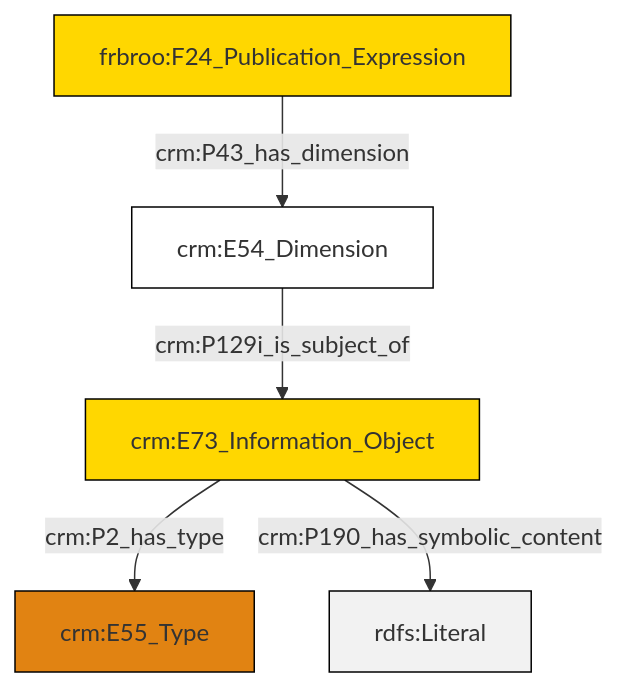
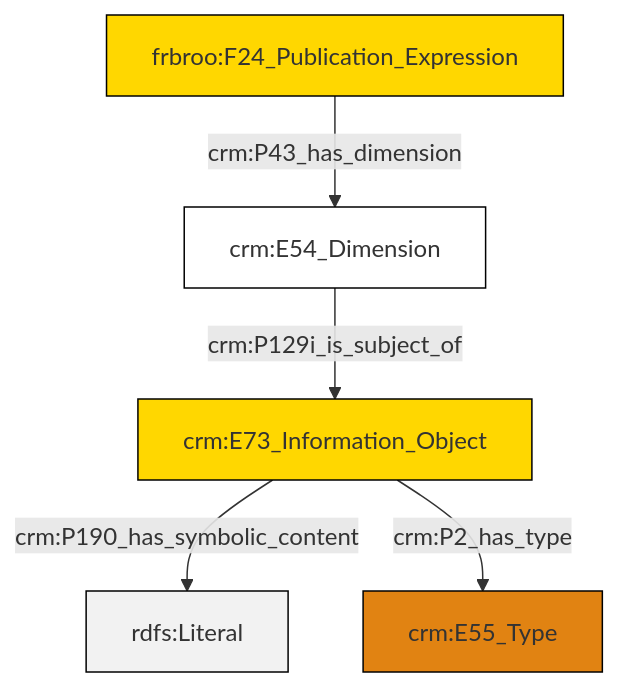
The diagram in et/biblioCSV/ttl/mmd/biblio_substance.ttl.mmd (swiss-art-research-net/reference-data-models), drawn with Mermaid before and after one commit. The commit also changed 131 other files, not shown here.

```diff
--- a/et/biblioCSV/ttl/mmd/biblio_substance.ttl.mmd
+++ b/et/biblioCSV/ttl/mmd/biblio_substance.ttl.mmd
@@ -1,19 +1,19 @@
 graph TD
 classDef Literal fill:#f2f2f2,stroke:#000000;
 classDef CRM_Entity fill:#FFFFFF,stroke:#000000;
 classDef Temporal_Entity fill:#00C9E6, stroke:#000000;
 classDef Type fill:#E18312, stroke:#000000;
 classDef Time-Span fill:#2C9C91, stroke:#000000;
 classDef Appellation fill:#FFEB7F, stroke:#000000;
 classDef Place fill:#008836, stroke:#000000;
 classDef Persistent_Item fill:#B266B2, stroke:#000000;
 classDef Conceptual_Object fill:#FFD700, stroke:#000000;
 classDef Physical_Thing fill:#D2B48C, stroke:#000000;
 classDef Actor fill:#f58aad, stroke:#000000;
 classDef PC_Classes fill:#4ce600, stroke:#000000;
 classDef Multi fill:#cccccc,stroke:#000000;
 
-0["frbroo:F24_Publication_Expression"]:::Conceptual_Object -->|crm:P43_has_dimension| 1["crm:E54_Dimension"]:::CRM_Entity
-2["crm:E73_Information_Object"]:::Conceptual_Object -->|crm:P2_has_type| 5["crm:E55_Type"]:::Type
-2["crm:E73_Information_Object"]:::Conceptual_Object -->|crm:P190_has_symbolic_content| 6[rdfs:Literal]:::Literal
-1["crm:E54_Dimension"]:::CRM_Entity -->|crm:P129i_is_subject_of| 2["crm:E73_Information_Object"]:::Conceptual_Object
+4["frbroo:F24_Publication_Expression"]:::Conceptual_Object -->|crm:P43_has_dimension| 0["crm:E54_Dimension"]:::CRM_Entity
+0["crm:E54_Dimension"]:::CRM_Entity -->|crm:P129i_is_subject_of| 2["crm:E73_Information_Object"]:::Conceptual_Object
+2["crm:E73_Information_Object"]:::Conceptual_Object -->|crm:P190_has_symbolic_content| 5[rdfs:Literal]:::Literal
+2["crm:E73_Information_Object"]:::Conceptual_Object -->|crm:P2_has_type| 6["crm:E55_Type"]:::Type
```
